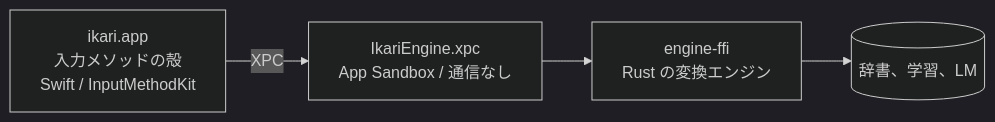
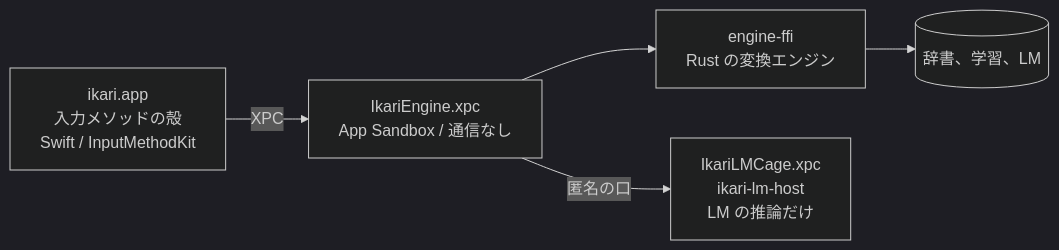
Before and after one commit to ikari-zen/ikari-ime: the second of 2 diagrams in README.md, drawn with Mermaid (dark theme). The commit also changed other lines of this file and 35 other files, not shown here.

````diff
--- a/README.md
+++ b/README.md
@@ -299,6 +299,7 @@
 ```mermaid
 flowchart LR
     S[ikari.app<br/>入力メソッドの殻<br/>Swift / InputMethodKit] -->|XPC| E[IkariEngine.xpc<br/>App Sandbox / 通信なし]
     E --> R[engine-ffi<br/>Rust の変換エンジン]
+    E -->|匿名の口| C[IkariLMCage.xpc<br/>ikari-lm-host<br/>LM の推論だけ]
     R --> D[(辞書、学習、LM)]
 ```
````
